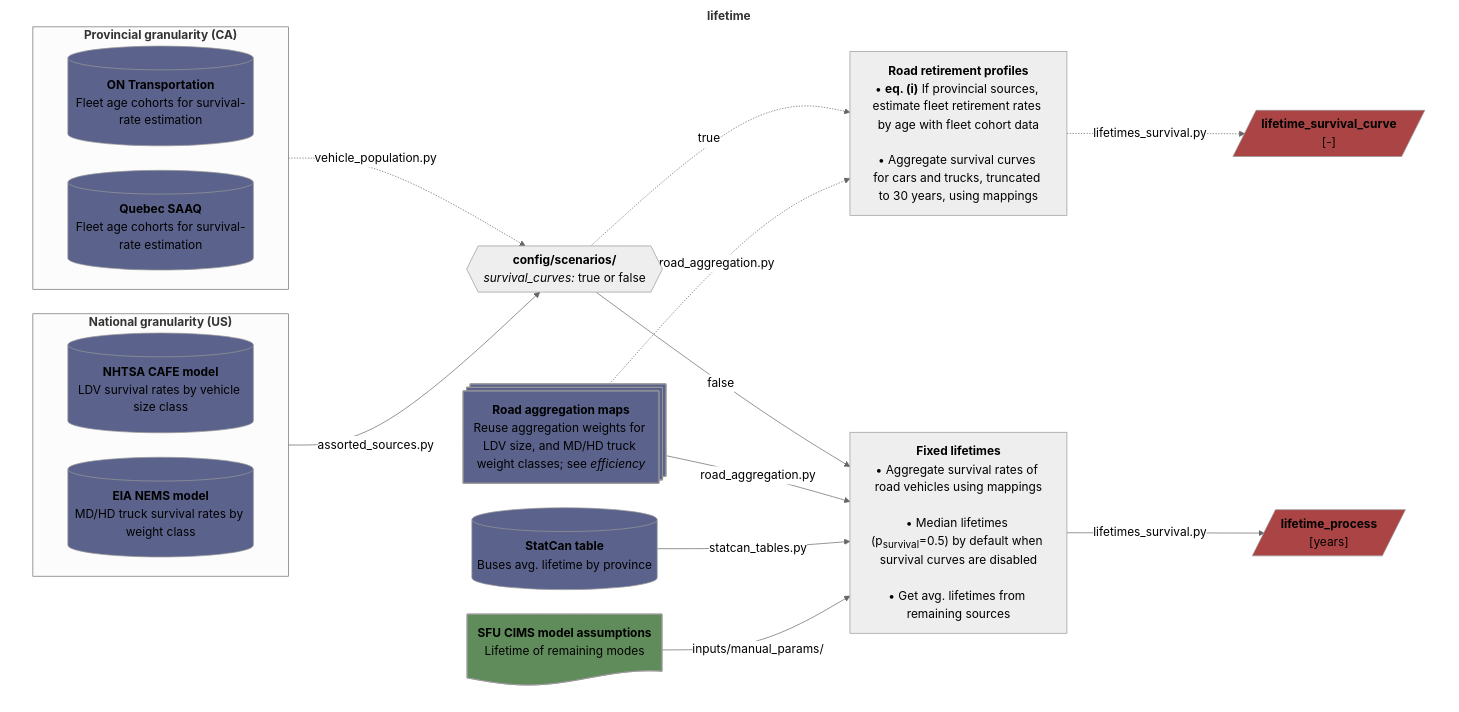
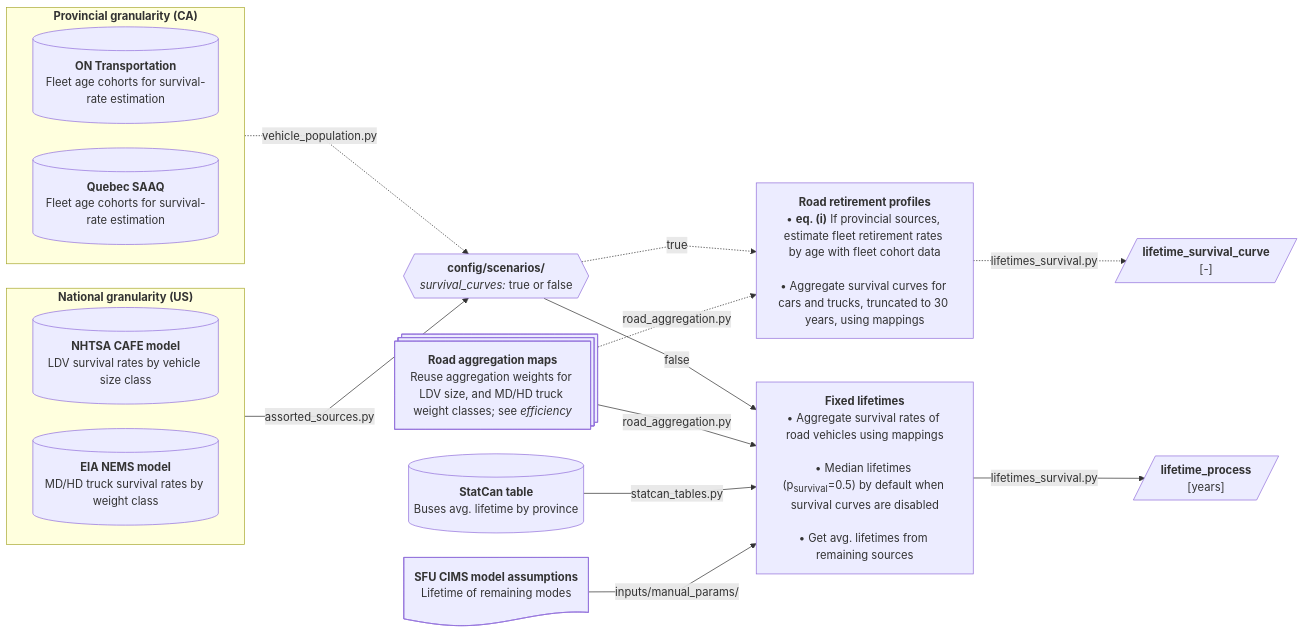
The sixth of 9 diagrams in README.md (CANOE-main/canoe-transportation), drawn with Mermaid before and after one commit. The commit also changed other lines of this file, not shown here.

Commit message:
Finally fixed flowchart color rendering. - removed any custom color rules and left themes by default. This fixes color rendering mismatches.

````diff
--- a/README.md
+++ b/README.md
@@ -400,69 +336,53 @@
 ```mermaid
 ---
 config:
   layout: dagre
-  theme: neutral
-  themeVariables:
-    fontSize: 17px
   flowchart:
     nodeSpacing: 35
     rankSpacing: 50
     wrappingWidth: 250
-    curve: curve
+    curve: linear
 ---
 flowchart LR
-  subgraph canvas["`**lifetime**`"]
-  direction LR
   %% --- Sources ---
   subgraph national["`**National granularity (US)**`"]
     direction LR
     s2[("`**NHTSA CAFE model**<br>LDV survival rates by vehicle size class`")]
     s3[("`**EIA NEMS model**<br>MD/HD truck survival rates by weight class`")]
   end
   subgraph provincial["`**Provincial granularity (CA)**`"]
     direction LR
     s0[("`**ON Transportation**<br>Fleet age cohorts for survival-rate estimation`")]
     s1[("`**Quebec SAAQ**<br>Fleet age cohorts for survival-rate estimation`")]
   end
 
   %% --- Processes ---
   p1@{shape: hex, label: "**config/scenarios/**<br>*survival_curves:* true or false"}
   provincial -. "vehicle_population.py" .-> p1
   national -- assorted_sources.py --> p1
   
   s6@{shape: processes, label: "**Road aggregation maps**<br>Reuse aggregation weights for LDV size, and MD/HD truck weight classes; see *efficiency*"}
   s4[("`**StatCan table**<br>Buses avg. lifetime by province`")]
   s5@{shape: doc, label: "**SFU CIMS model assumptions**<br>Lifetime of remaining modes"}
 
   p2["`**Road retirement profiles**<br>• **eq. (i)** If provincial sources, estimate fleet retirement rates by age with fleet cohort data<br><br>• Aggregate survival curves for cars and trucks, truncated to 30 years, using mappings`"]
   p1 -. true .-> p2
   s6 -. "road_aggregation.py" .-> p2
   
   p3["`**Fixed lifetimes**<br>• Aggregate survival rates of road vehicles using mappings<br><br>• Median lifetimes (p<sub>survival</sub>=0.5) by default when survival curves are disabled<br><br>• Get avg. lifetimes from remaining sources`"]
   p1 -- false --> p3
   s6 -- road_aggregation.py --> p3
   s4 -- statcan_tables.py --> p3
   s5 -- inputs/manual_params/ --> p3
 
   p2 -. "lifetimes_survival.py" .-> o1[/"`**lifetime_survival_curve**<br>[-]`"/]
   p3 -- lifetimes_survival.py --> o2[/"`**lifetime_process**<br>[years]`"/]
-  end
-
-  %% --- Styling ---
-  style canvas fill:#ffffff,stroke:#ffffff
-  classDef database fill:#5b638c
-  classDef doc fill:#608c5b
-  classDef output fill:#ab4444
-
-  class s0,s1,s2,s3,s4,s6 database;
-  class s5 doc;
-  class o1,o2 output;
 
   %% --- Hyperlinks ---
   click s0 "https://data.ontario.ca/dataset/vehicle-population-data"
   click s1 "https://www.donneesquebec.ca/recherche/dataset/vehicules-en-circulation"
   click s2 "https://www.nhtsa.gov/file-downloads?p=nhtsa/downloads/CAFE/2024-FRM-LD-2b3-2027-2035/Central-Analysis/"
   click s3 "https://github.com/EIAgov/NEMS/blob/main/input/tdm/trnhdvx.xlsx"
   click s4 "https://doi.org/10.25318/3410025401-eng"
   click s5 "https://github.com/EMRG-SFU/cims-models/tree/main/sources/sectors"
 ```
````
